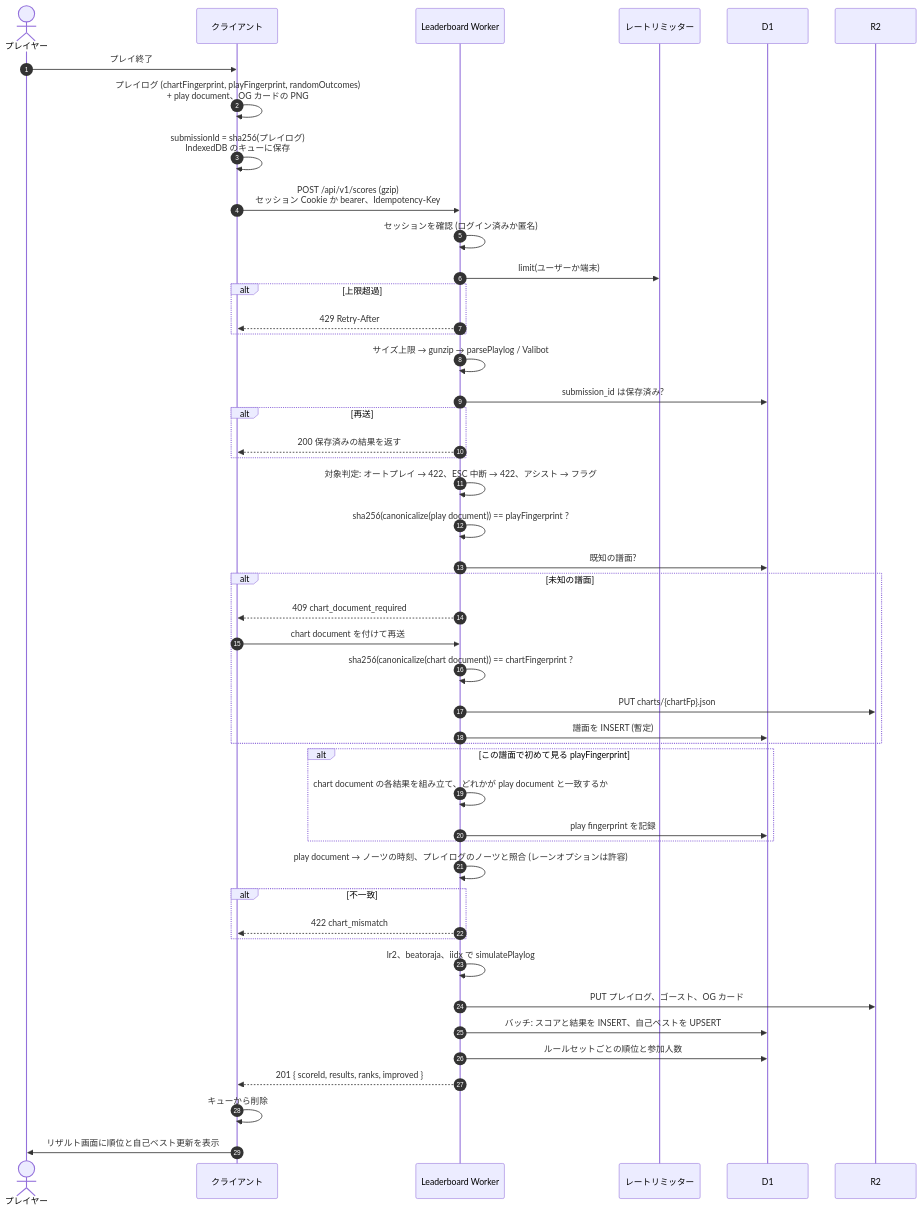
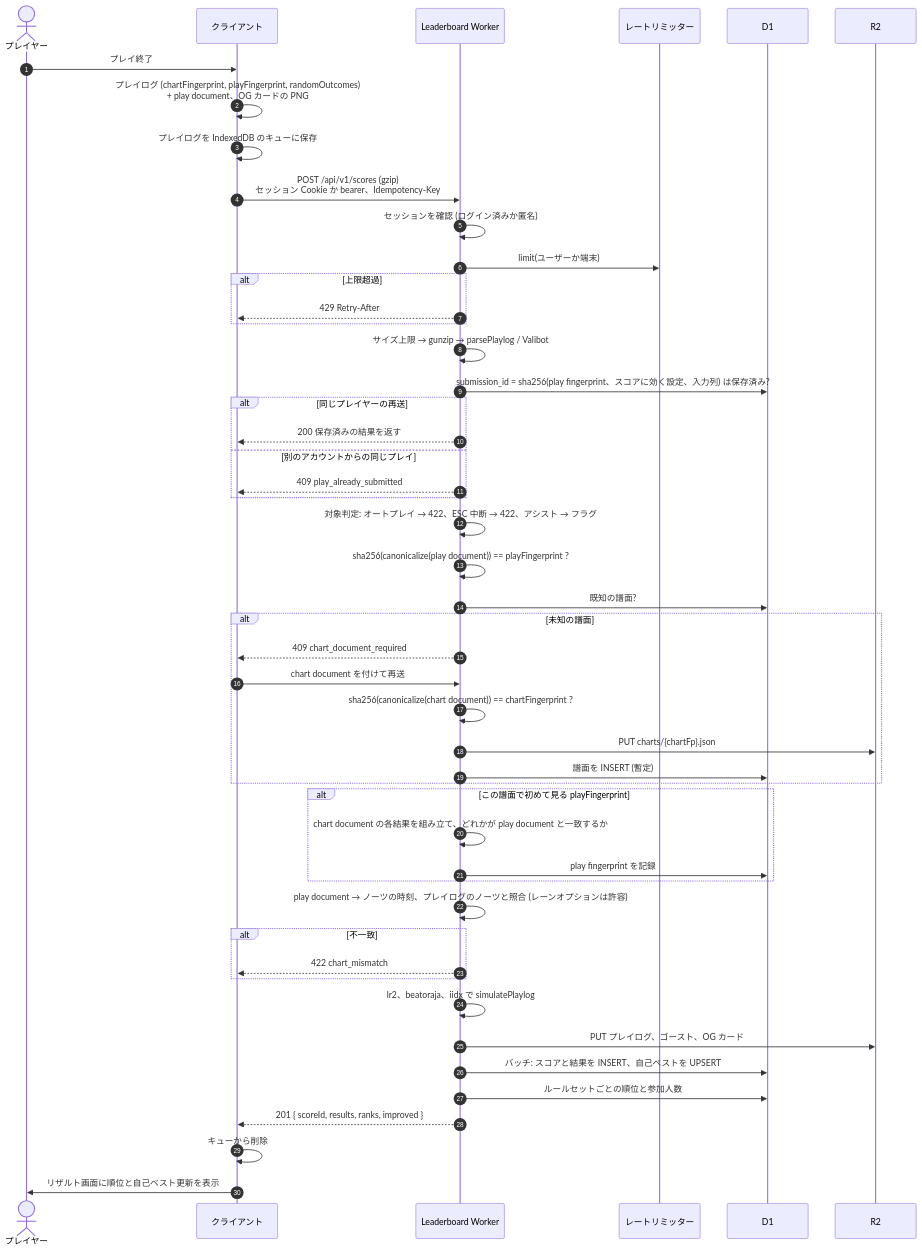
Before and after one commit to nulltask/be-music: the diagram in docs/leaderboard.ja.md, drawn with Mermaid. The commit also changed other lines of this file and 1 other file, not shown here.

First line of the commit message:
docs: record the implemented Leaderboard core and the play identity [ci skip]

````diff
--- a/docs/leaderboard.ja.md
+++ b/docs/leaderboard.ja.md
@@ -131,50 +132,52 @@
 ```mermaid
 sequenceDiagram
     autonumber
     actor P as プレイヤー
     participant C as クライアント
     participant A as Leaderboard Worker
     participant RL as レートリミッター
     participant D as D1
     participant R as R2
 
     P->>C: プレイ終了
     C->>C: プレイログ (chartFingerprint, playFingerprint, randomOutcomes)<br/>+ play document、OG カードの PNG
-    C->>C: submissionId = sha256(プレイログ)<br/>IndexedDB のキューに保存
+    C->>C: プレイログを IndexedDB のキューに保存
     C->>A: POST /api/v1/scores (gzip)<br/>セッション Cookie か bearer、Idempotency-Key
     A->>A: セッションを確認 (ログイン済みか匿名)
     A->>RL: limit(ユーザーか端末)
     alt 上限超過
         A-->>C: 429 Retry-After
     end
     A->>A: サイズ上限 → gunzip → parsePlaylog / Valibot
-    A->>D: submission_id は保存済み?
-    alt 再送
+    A->>D: submission_id = sha256(play fingerprint、スコアに効く設定、入力列) は保存済み?
+    alt 同じプレイヤーの再送
         A-->>C: 200 保存済みの結果を返す
+    else 別のアカウントからの同じプレイ
+        A-->>C: 409 play_already_submitted
     end
     A->>A: 対象判定: オートプレイ → 422、ESC 中断 → 422、アシスト → フラグ
     A->>A: sha256(canonicalize(play document)) == playFingerprint ?
     A->>D: 既知の譜面?
     alt 未知の譜面
         A-->>C: 409 chart_document_required
         C->>A: chart document を付けて再送
         A->>A: sha256(canonicalize(chart document)) == chartFingerprint ?
         A->>R: PUT charts/{chartFp}.json
         A->>D: 譜面を INSERT (暫定)
     end
     alt この譜面で初めて見る playFingerprint
         A->>A: chart document の各結果を組み立て、どれかが play document と一致するか
         A->>D: play fingerprint を記録
     end
     A->>A: play document → ノーツの時刻、プレイログのノーツと照合 (レーンオプションは許容)
     alt 不一致
         A-->>C: 422 chart_mismatch
     end
     A->>A: lr2、beatoraja、iidx で simulatePlaylog
     A->>R: PUT プレイログ、ゴースト、OG カード
     A->>D: バッチ: スコアと結果を INSERT、自己ベストを UPSERT
     A->>D: ルールセットごとの順位と参加人数
     A-->>C: 201 { scoreId, results, ranks, improved }
     C->>C: キューから削除
     C->>P: リザルト画面に順位と自己ベスト更新を表示
 ```
````
